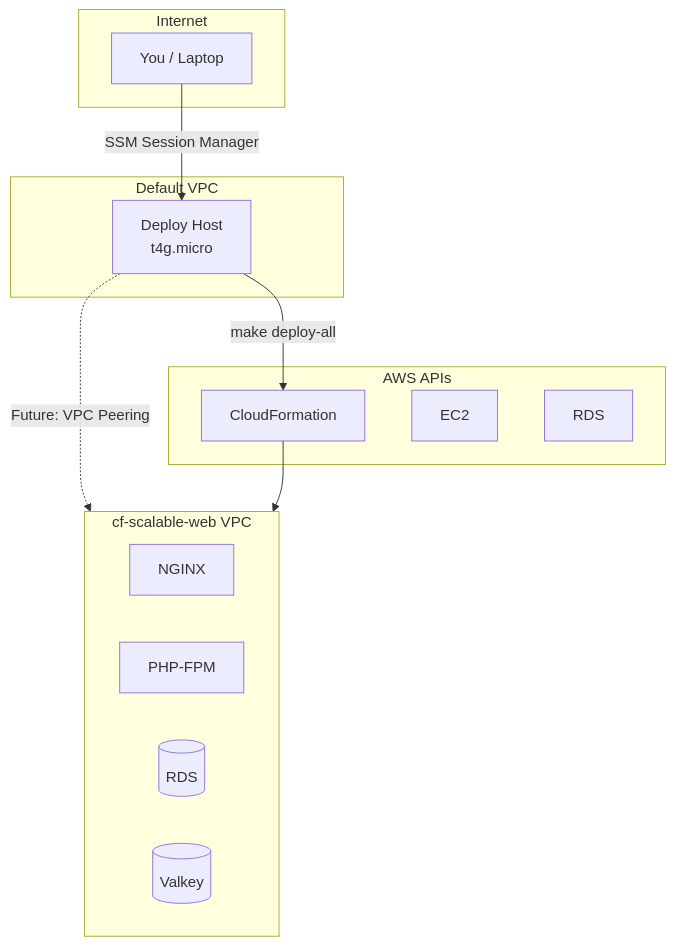
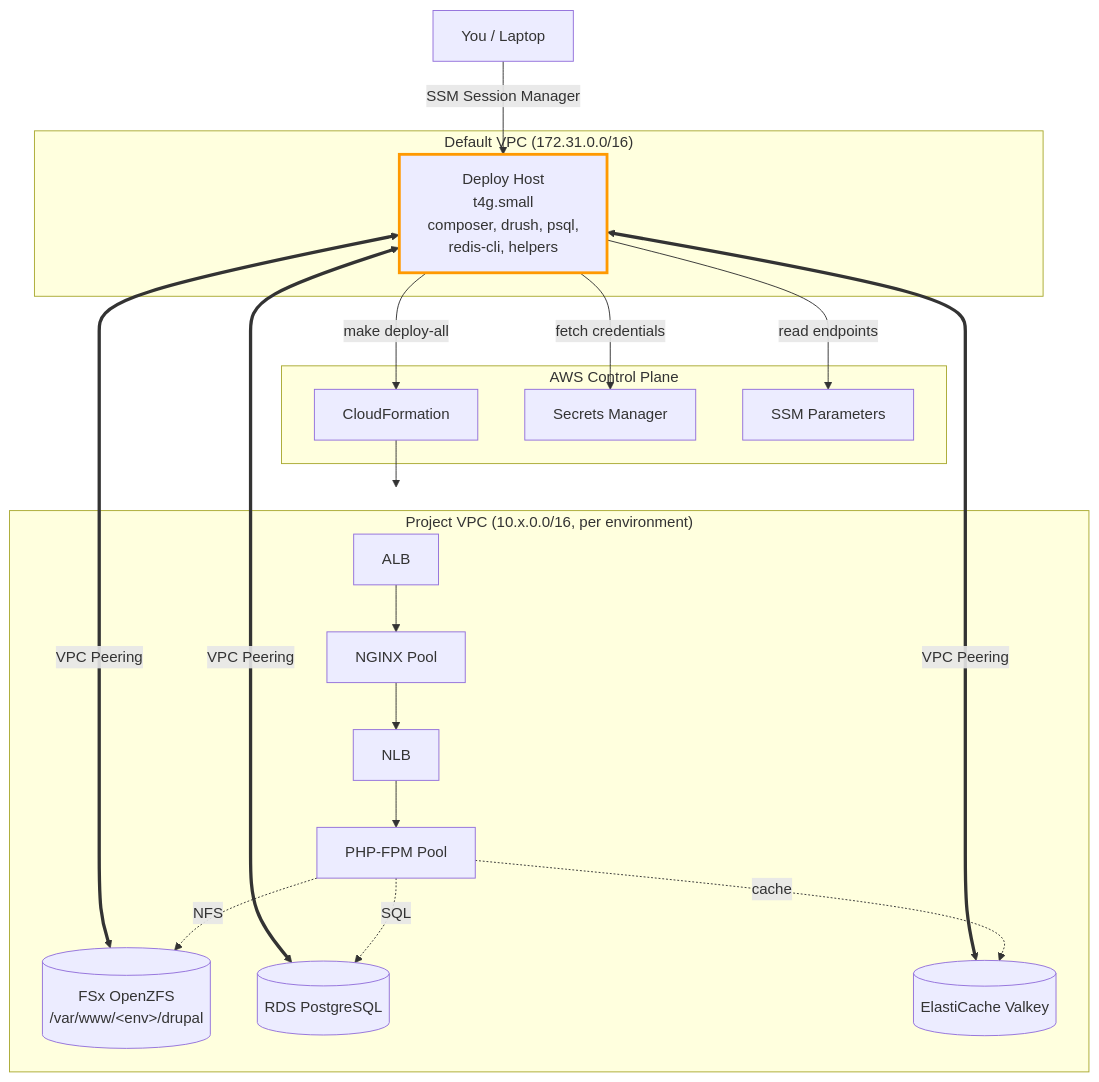
The diagram in docs/DEPLOY-HOST.md (worx/cf-scalable-web), drawn with Mermaid before and after one commit. The commit also changed other lines of this file and 1 other file, not shown here.

````diff
--- a/docs/DEPLOY-HOST.md
+++ b/docs/DEPLOY-HOST.md
@@ -14,28 +16,40 @@
 ```mermaid
 flowchart TB
-    subgraph Internet
-        YOU[You / Laptop]
+    YOU[You / Laptop]
+
+    subgraph DefaultVPC["Default VPC (172.31.0.0/16)"]
+        DEPLOYHOST[Deploy Host<br/>t4g.small<br/>composer, drush, psql,<br/>redis-cli, helpers]
     end
 
-    subgraph DefaultVPC["Default VPC"]
-        DEPLOYHOST[Deploy Host<br/>t4g.micro]
+    subgraph ProjectVPC["Project VPC (10.x.0.0/16, per environment)"]
+        ALB[ALB]
+        NGINX[NGINX Pool]
+        NLB[NLB]
+        PHP[PHP-FPM Pool]
+        FSX[(FSx OpenZFS<br/>/var/www/&lt;env&gt;/drupal)]
+        RDS[(RDS PostgreSQL)]
+        CACHE[(ElastiCache Valkey)]
     end
 
-    subgraph ProjectVPC["cf-scalable-web VPC"]
-        NGINX[NGINX]
-        PHP[PHP-FPM]
-        RDS[(RDS)]
-        CACHE[(Valkey)]
-    end
-
-    subgraph AWS["AWS APIs"]
+    subgraph AWS["AWS Control Plane"]
         CF[CloudFormation]
-        EC2API[EC2]
-        RDSAPI[RDS]
+        SM[Secrets Manager]
+        SSMP[SSM Parameters]
     end
 
     YOU -->|SSM Session Manager| DEPLOYHOST
     DEPLOYHOST -->|make deploy-all| CF
-    DEPLOYHOST -.->|Future: VPC Peering| ProjectVPC
+    DEPLOYHOST -->|fetch credentials| SM
+    DEPLOYHOST -->|read endpoints| SSMP
+    DEPLOYHOST <==>|VPC Peering| FSX
+    DEPLOYHOST <==>|VPC Peering| RDS
+    DEPLOYHOST <==>|VPC Peering| CACHE
     CF --> ProjectVPC
+    PHP -.NFS.-> FSX
+    PHP -.SQL.-> RDS
+    PHP -.cache.-> CACHE
+    ALB --> NGINX --> NLB --> PHP
+
+    classDef peering stroke:#ff9900,stroke-width:3px
+    class DEPLOYHOST peering
 ```
````
